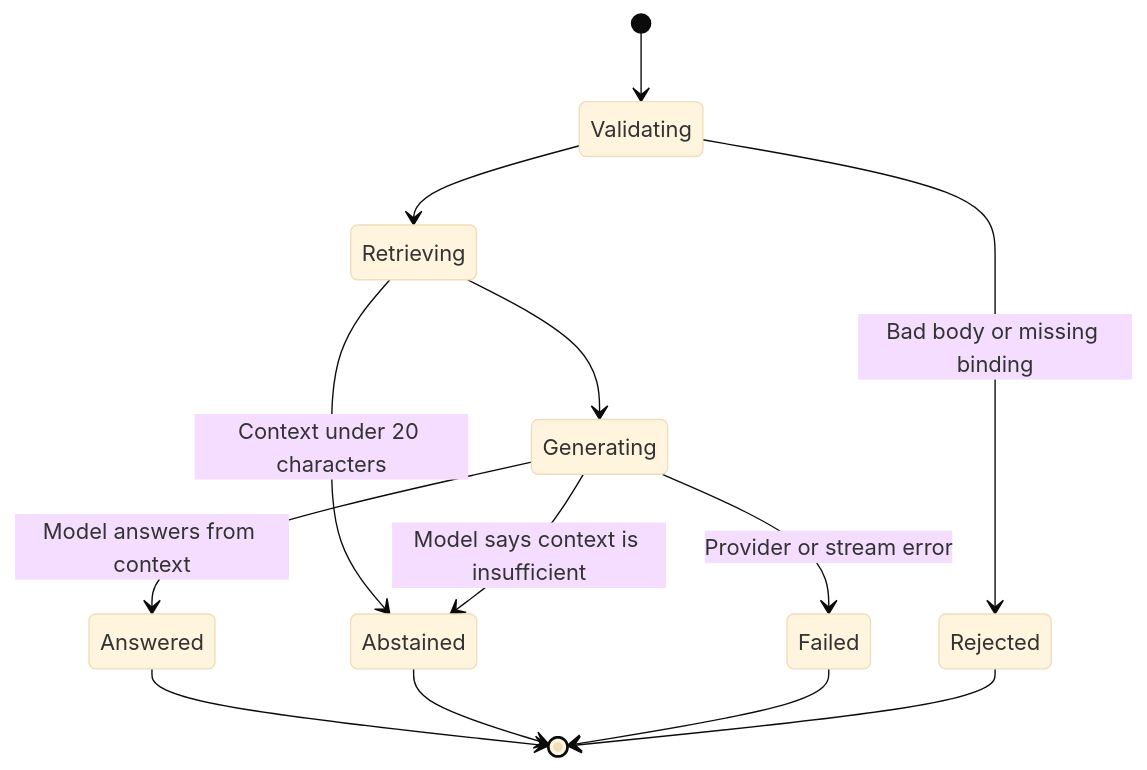
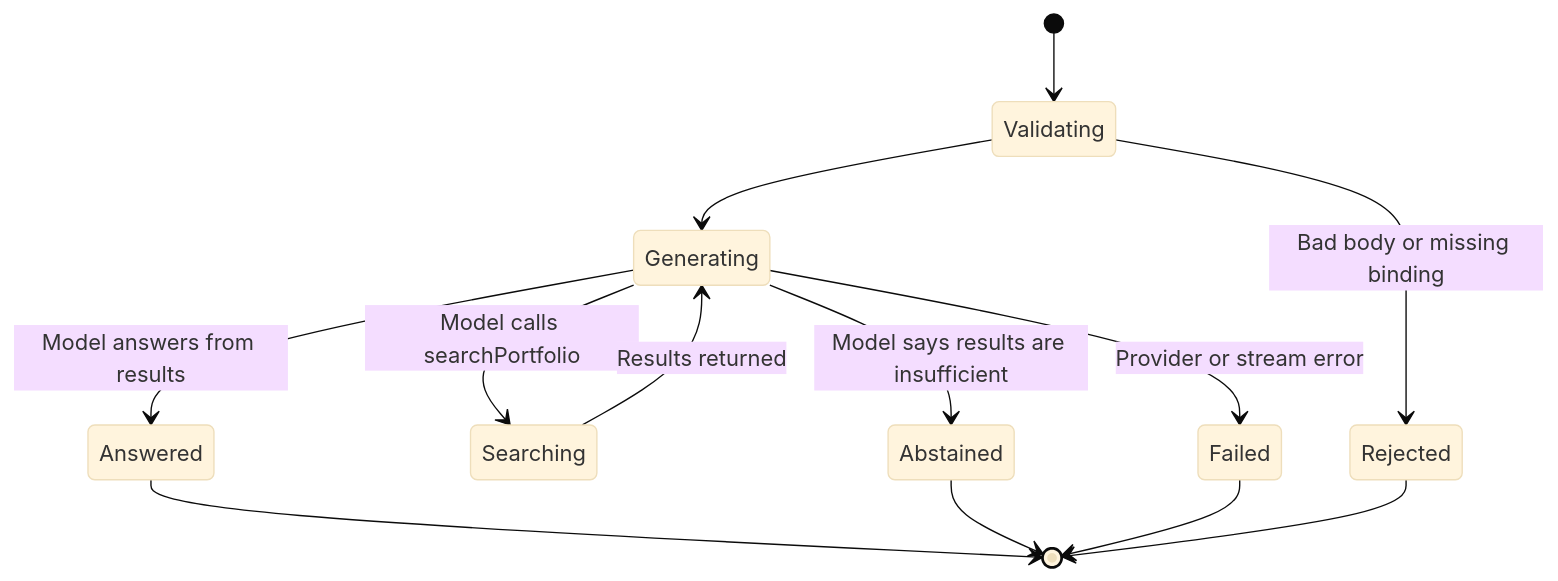
The fourth of 6 diagrams in content/posts/2026-01-25-ai-chat/index.md (sgama/sg), drawn with Mermaid (base theme) before and after one commit. The commit also changed other lines of this file and 5 other files, not shown here.

```diff
--- a/content/posts/2026-01-25-ai-chat/index.md
+++ b/content/posts/2026-01-25-ai-chat/index.md
@@ -103,15 +98,15 @@
 {{< mermaid >}}
 stateDiagram-v2
     [*] --> Validating
     Validating --> Rejected: Bad body or missing binding
-    Validating --> Retrieving
-    Retrieving --> Abstained: Context under 20 characters
-    Retrieving --> Generating
-    Generating --> Answered: Model answers from context
-    Generating --> Abstained: Model says context is insufficient
+    Validating --> Generating
+    Generating --> Searching: Model calls searchPortfolio
+    Searching --> Generating: Results returned
+    Generating --> Answered: Model answers from results
+    Generating --> Abstained: Model says results are insufficient
     Generating --> Failed: Provider or stream error
     Answered --> [*]
     Abstained --> [*]
     Failed --> [*]
     Rejected --> [*]
 {{< /mermaid >}}
```
